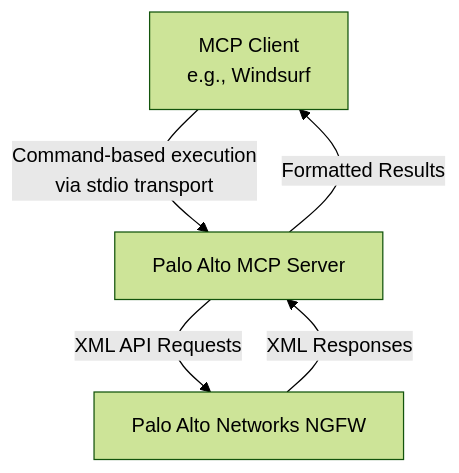
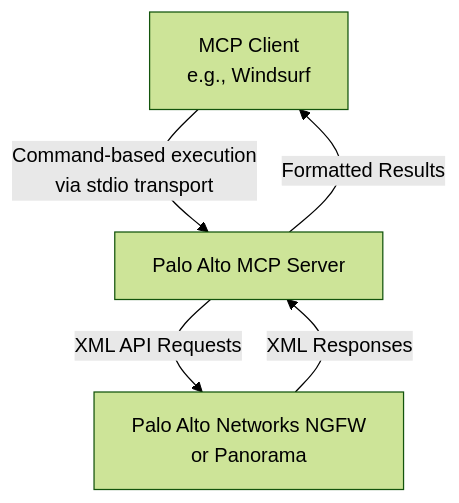
Before and after one commit to epartington/pan-os-mcp: the diagram in docs/index.md, drawn with Mermaid (forest theme). The commit also changed other lines of this file and 4 other files, not shown here.

````diff
--- a/docs/index.md
+++ b/docs/index.md
@@ -26,7 +26,7 @@
 ```mermaid
 graph TD
     A[MCP Client<br>e.g., Windsurf] -->|Command-based execution<br>via stdio transport| B[Palo Alto MCP Server]
-    B -->|XML API Requests| C[Palo Alto Networks NGFW]
+    B -->|XML API Requests| C[Palo Alto Networks NGFW<br>or Panorama]
     C -->|XML Responses| B
     B -->|Formatted Results| A
 ```
````
